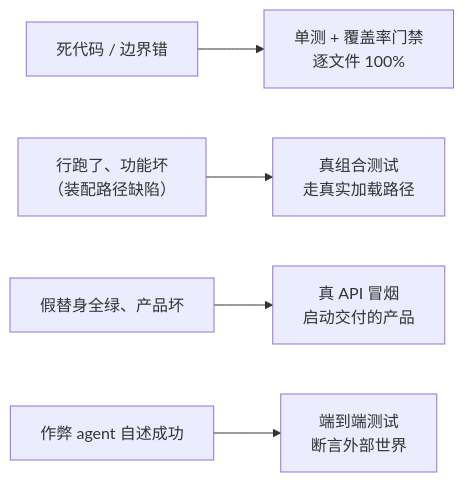
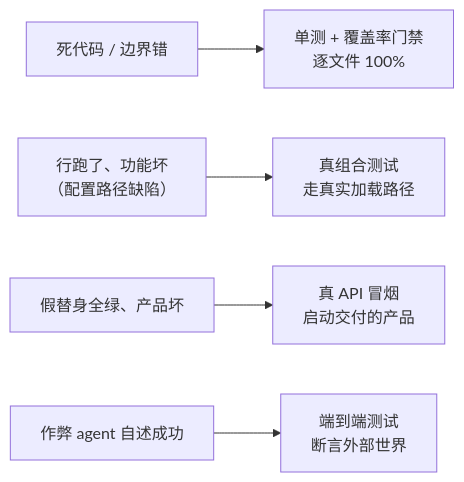
One commit to anthonyzhao-4926/blog changed the second of 2 diagrams in dsh 插件开发学习/36-给DSH提PR.md. Above: the diagram before and after it, drawn with Mermaid. The commit also changed other lines of this file and 53 other files, not shown here.

````diff
--- a/dsh 插件开发学习/36-给DSH提PR.md
+++ b/dsh 插件开发学习/36-给DSH提PR.md
@@ -58,7 +58,7 @@
 ```mermaid
 flowchart LR
     E1["死代码 / 边界错"] --> L1["单测 + 覆盖率门禁<br/>逐文件 100%"]
-    E2["行跑了、功能坏<br/>（装配路径缺陷）"] --> L2["真组合测试<br/>走真实加载路径"]
+    E2["行跑了、功能坏<br/>（配置路径缺陷）"] --> L2["真组合测试<br/>走真实加载路径"]
     E3["假替身全绿、产品坏"] --> L3["真 API 冒烟<br/>启动交付的产品"]
     E4["作弊 agent 自述成功"] --> L4["端到端测试<br/>断言外部世界"]
 ```
````
